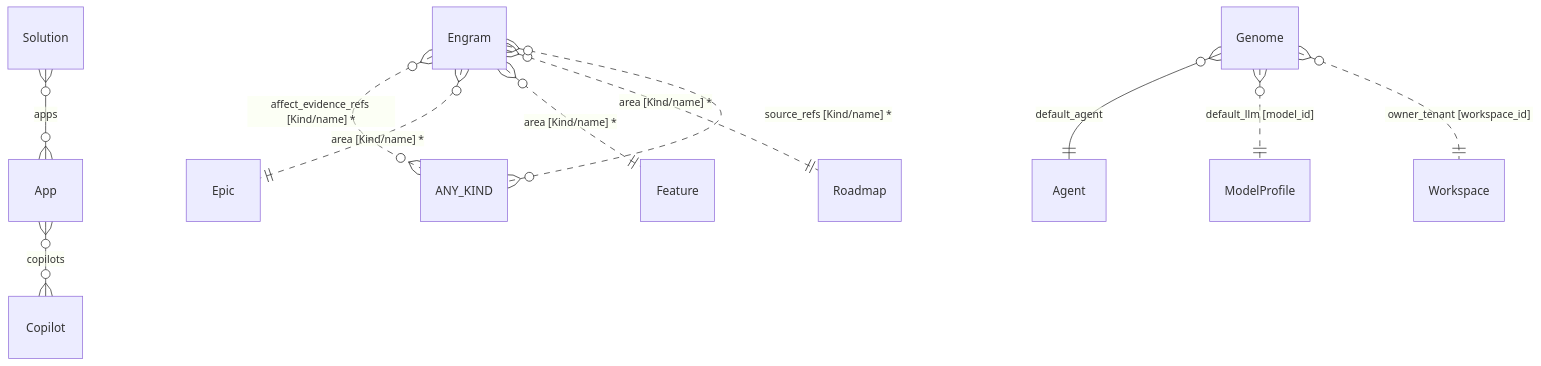
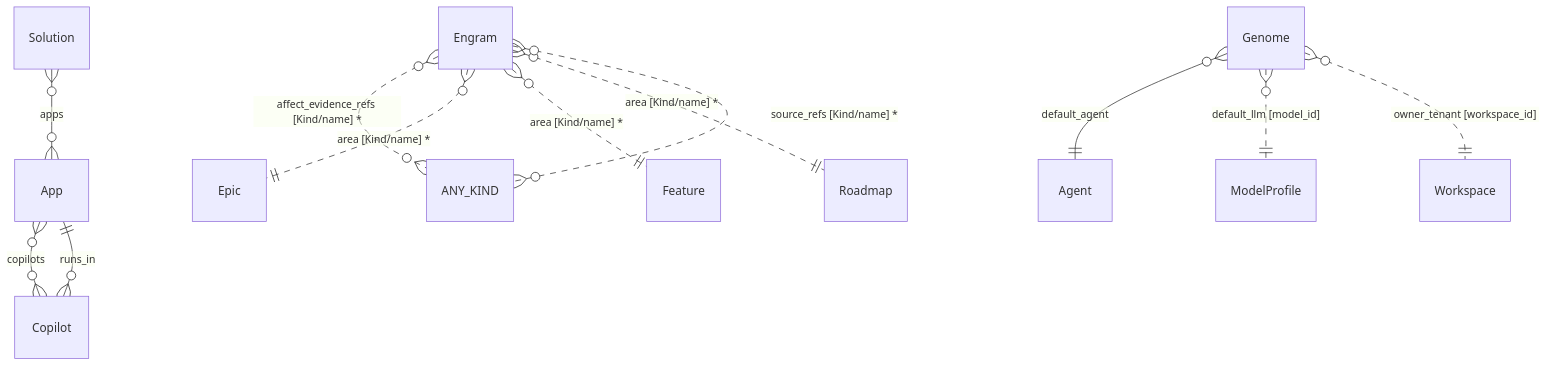
The fourth of 11 diagrams in docs/reference/data-model.md (ruinosus/dna), drawn with Mermaid before and after one commit. The commit also changed other lines of this file and 6 other files, not shown here.

First line of the commit message:
feat(kinds): o App declara o custo, o Copilot declara onde roda e quanto rende

````diff
--- a/docs/reference/data-model.md
+++ b/docs/reference/data-model.md
@@ -160,25 +160,26 @@
 ```mermaid
 erDiagram
     ANY_KIND
     Agent
     App
     Copilot
     Engram
     Epic
     Feature
     Genome
     ModelProfile
     Roadmap
     Solution
     Workspace
     App }o--}o Copilot : "copilots"
+    Copilot }o--|| App : "runs_in"
     Engram }o..}o ANY_KIND : "affect_evidence_refs [Kind/name] *"
     Engram }o..|| Epic : "area [Kind/name] *"
     Engram }o..|| Feature : "area [Kind/name] *"
     Engram }o..|| Roadmap : "area [Kind/name] *"
     Engram }o..}o ANY_KIND : "source_refs [Kind/name] *"
     Genome }o--|| Agent : "default_agent"
     Genome }o..|| ModelProfile : "default_llm [model_id]"
     Genome }o..|| Workspace : "owner_tenant [workspace_id]"
     Solution }o--}o App : "apps"
 ```
````
